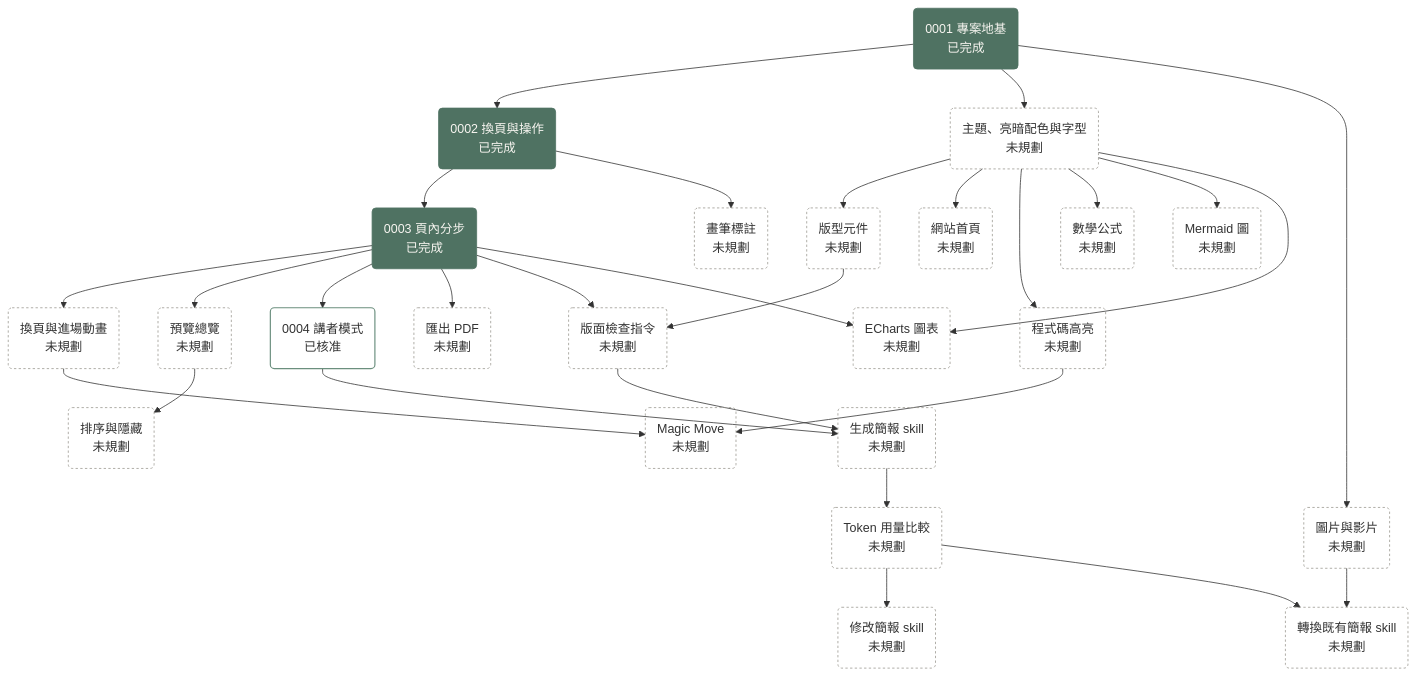
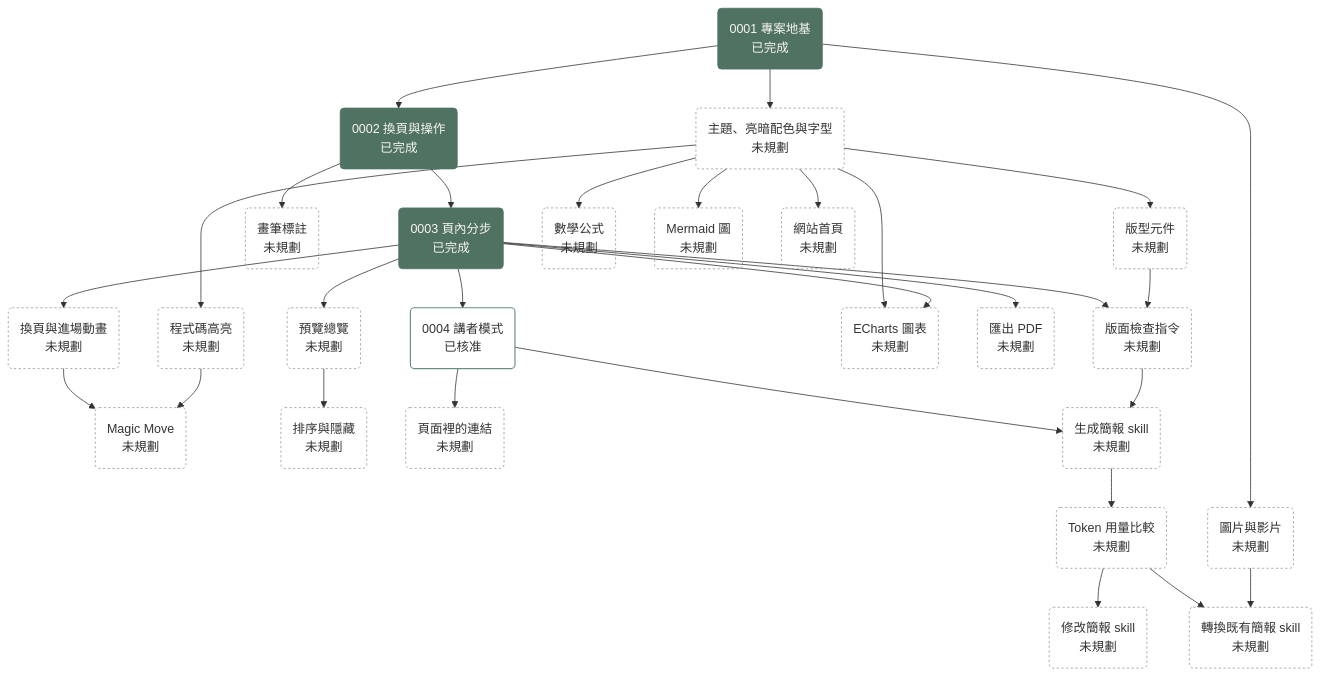
The diagram in docs/plans/roadmap.md (bingyangchen/diapo), drawn with Mermaid before and after one commit. The commit also changed other lines of this file and 6 other files, not shown here.

````diff
--- a/docs/plans/roadmap.md
+++ b/docs/plans/roadmap.md
@@ -7,45 +7,47 @@
 ```mermaid
 flowchart TD
   P0001("0001 專案地基<br/>已完成"):::done
   P0002("0002 換頁與操作<br/>已完成"):::done
   P0003("0003 頁內分步<br/>已完成"):::done
   transitions("換頁與進場動畫<br/>未規劃"):::unplanned
   magic_move("Magic Move<br/>未規劃"):::unplanned
   overview("預覽總覽<br/>未規劃"):::unplanned
   reorder("排序與隱藏<br/>未規劃"):::unplanned
   annotation("畫筆標註<br/>未規劃"):::unplanned
+  page_links("頁面裡的連結<br/>未規劃"):::unplanned
   P0004("0004 講者模式<br/>已核准"):::approved
   theme("主題、亮暗配色與字型<br/>未規劃"):::unplanned
   layouts("版型元件<br/>未規劃"):::unplanned
   media("圖片與影片<br/>未規劃"):::unplanned
   code_highlight("程式碼高亮<br/>未規劃"):::unplanned
   math("數學公式<br/>未規劃"):::unplanned
   mermaid_diagram("Mermaid 圖<br/>未規劃"):::unplanned
   charts("ECharts 圖表<br/>未規劃"):::unplanned
   pdf_export("匯出 PDF<br/>未規劃"):::unplanned
   site_home("網站首頁<br/>未規劃"):::unplanned
   layout_check("版面檢查指令<br/>未規劃"):::unplanned
   skill_generate("生成簡報 skill<br/>未規劃"):::unplanned
   token_benchmark("Token 用量比較<br/>未規劃"):::unplanned
   skill_modify("修改簡報 skill<br/>未規劃"):::unplanned
   skill_convert("轉換既有簡報 skill<br/>未規劃"):::unplanned
   P0001 --> P0002 --> P0003 --> transitions --> magic_move
   P0003 --> overview --> reorder
   P0002 --> annotation
+  P0004 --> page_links
   P0003 --> P0004 --> skill_generate
   P0003 --> pdf_export
   P0003 --> layout_check
   P0001 --> theme --> layouts --> layout_check --> skill_generate
   skill_generate --> token_benchmark --> skill_modify
   token_benchmark --> skill_convert
   P0001 --> media --> skill_convert
   theme --> site_home
   theme --> code_highlight --> magic_move
   theme --> math
   theme --> mermaid_diagram
   theme --> charts
   P0003 --> charts
   classDef done fill:#4f7262,stroke:#4f7262,color:#f7f5f0
   classDef approved fill:none,stroke:#6b8f7e,stroke-width:1.5px
   classDef unplanned fill:none,stroke:#9a978f,stroke-dasharray:3 3
 ```
````
